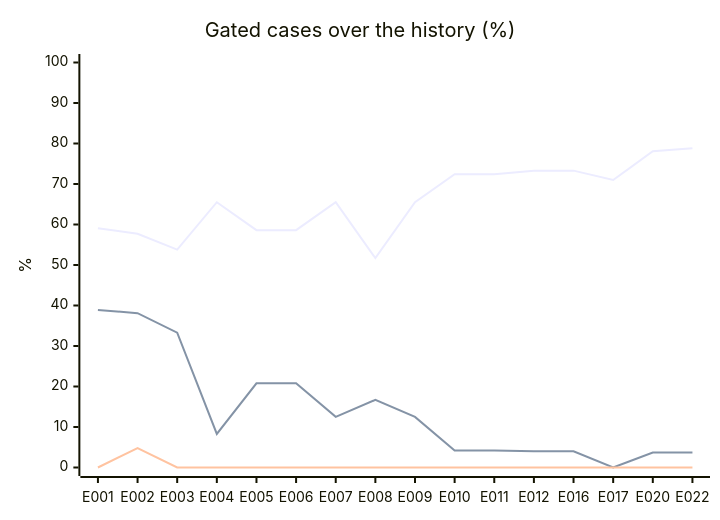
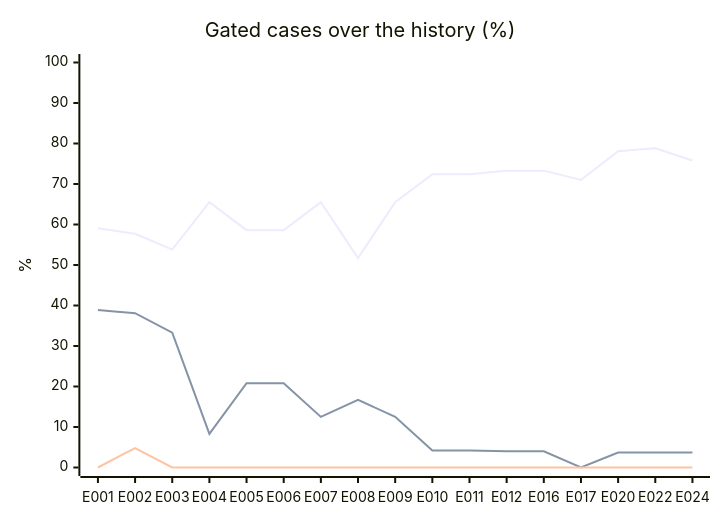
Before and after one commit to acarbonellb/anti-fraud-agent: the second of 2 diagrams in evals/report.md, drawn with Mermaid. The commit also changed other lines of this file and 161 other files, not shown here.

````diff
--- a/evals/report.md
+++ b/evals/report.md
@@ -143,9 +145,9 @@
 ```mermaid
 xychart-beta
   title "Gated cases over the history (%)"
-  x-axis [E001, E002, E003, E004, E005, E006, E007, E008, E009, E010, E011, E012, E016, E017, E020, E022]
+  x-axis [E001, E002, E003, E004, E005, E006, E007, E008, E009, E010, E011, E012, E016, E017, E020, E022, E024]
   y-axis "%" 0 --> 100
-  line [59.1, 57.7, 53.8, 65.5, 58.6, 58.6, 65.5, 51.7, 65.5, 72.4, 72.4, 73.3, 73.3, 71, 78.1, 78.8]
-  line [38.9, 38.1, 33.3, 8.3, 20.8, 20.8, 12.5, 16.7, 12.5, 4.2, 4.2, 4, 4, 0, 3.7, 3.7]
-  line [0, 4.8, 0, 0, 0, 0, 0, 0, 0, 0, 0, 0, 0, 0, 0, 0]
+  line [59.1, 57.7, 53.8, 65.5, 58.6, 58.6, 65.5, 51.7, 65.5, 72.4, 72.4, 73.3, 73.3, 71, 78.1, 78.8, 75.8]
+  line [38.9, 38.1, 33.3, 8.3, 20.8, 20.8, 12.5, 16.7, 12.5, 4.2, 4.2, 4, 4, 0, 3.7, 3.7, 3.7]
+  line [0, 4.8, 0, 0, 0, 0, 0, 0, 0, 0, 0, 0, 0, 0, 0, 0, 0]
 ```
````
